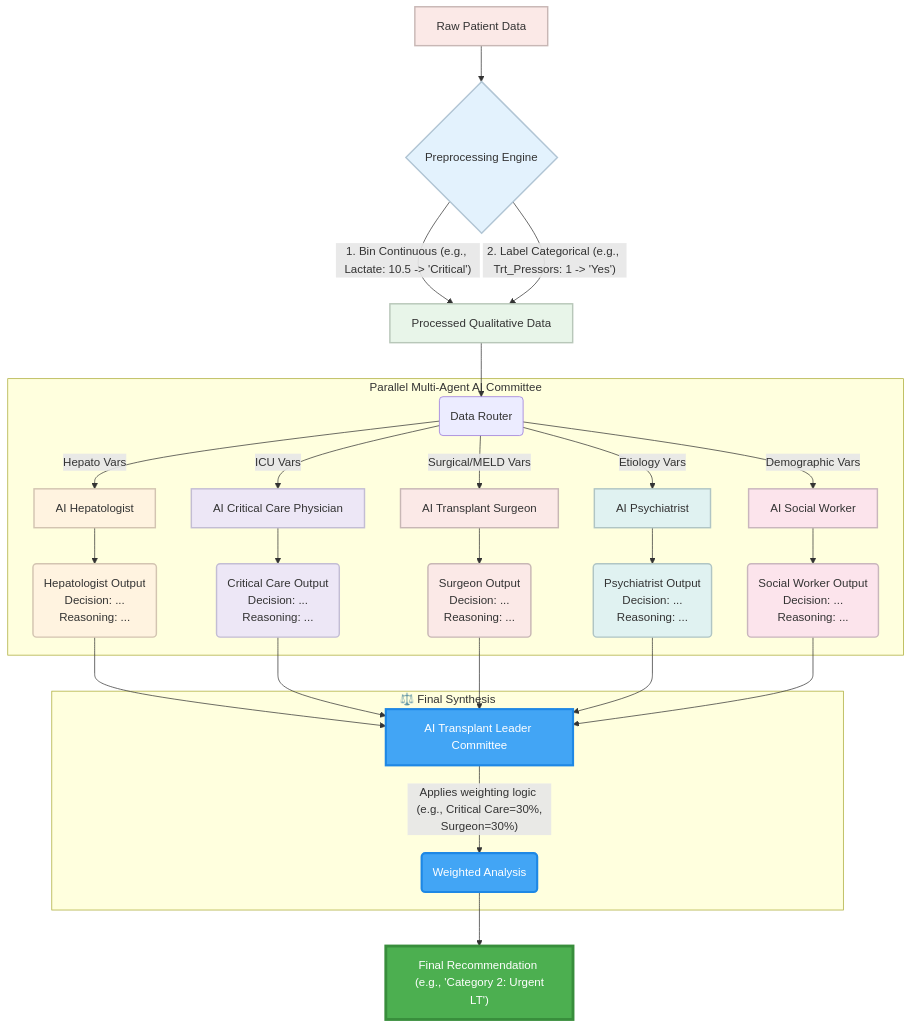
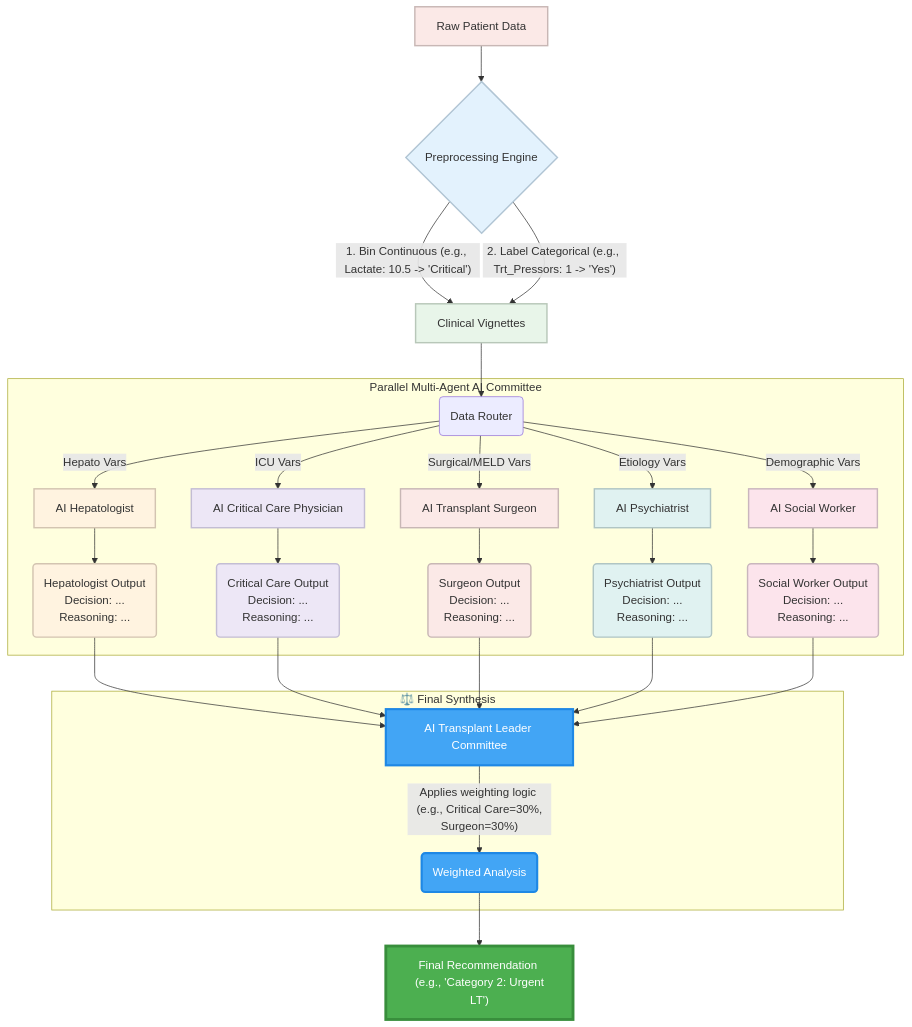
Before and after one commit to billy-enrizky/multi-agent-alfsg: the diagram in README.md, drawn with Mermaid.

Commit message:
Update diagram to reflect Clinical Vignettes

````diff
--- a/README.md
+++ b/README.md
@@ -6,52 +6,52 @@
 ```mermaid
 graph TD;
     A[Raw Patient Data] --> B{Preprocessing Engine};
-    B -- "1. Bin Continuous (e.g., Lactate: 10.5 -> 'Critical')" --> C[Processed Qualitative Data];
+    B -- "1. Bin Continuous (e.g., Lactate: 10.5 -> 'Critical')" --> C[Clinical Vignettes];
     B -- "2. Label Categorical (e.g., Trt_Pressors: 1 -> 'Yes')" --> C;
     
     C --> D(Data Router);
 
     subgraph "Parallel Multi-Agent AI Committee"
         D -- "Hepato Vars" --> E[AI Hepatologist];
         D -- "ICU Vars" --> F[AI Critical Care Physician];
         D -- "Surgical/MELD Vars" --> G[AI Transplant Surgeon];
         D -- "Etiology Vars" --> H[AI Psychiatrist];
         D -- "Demographic Vars" --> I[AI Social Worker];
 
         E --> E_out("Hepatologist Output \n Decision: ... \n Reasoning: ...");
         F --> F_out("Critical Care Output \n Decision: ... \n Reasoning: ...");
         G --> G_out("Surgeon Output \n Decision: ... \n Reasoning: ...");
         H --> H_out("Psychiatrist Output \n Decision: ... \n Reasoning: ...");
         I --> I_out("Social Worker Output \n Decision: ... \n Reasoning: ...");
     end
 
     subgraph "⚖️ Final Synthesis"
         E_out --> J[AI Transplant Leader Committee];
         F_out --> J;
         G_out --> J;
         H_out --> J;
         I_out --> J;
         
         J -- "Applies weighting logic \n (e.g., Critical Care=30%, Surgeon=30%)" --> K("Weighted Analysis");
     end
 
     K --> L["Final Recommendation \n (e.g., 'Category 2: Urgent LT')"];
 
     %% Styling
     style A fill:#fbe9e7,stroke:#c8b7b5,stroke-width:2px
     style B fill:#e3f2fd,stroke:#b1c5d4,stroke-width:2px
     style C fill:#e8f5e9,stroke:#b8c7b9,stroke-width:2px
     style E fill:#fff3e0,stroke:#d3c4b1,stroke-width:2px
     style F fill:#ede7f6,stroke:#c3bdd4,stroke-width:2px
     style G fill:#fbe9e7,stroke:#c8b7b5,stroke-width:2px
     style H fill:#e0f2f1,stroke:#b0c5c4,stroke-width:2px
     style I fill:#fce4ec,stroke:#c9b6bd,stroke-width:2px
     style E_out fill:#fff3e0,stroke:#d3c4b1,stroke-width:2px
     style F_out fill:#ede7f6,stroke:#c3bdd4,stroke-width:2px
     style G_out fill:#fbe9e7,stroke:#c8b7b5,stroke-width:2px
     style H_out fill:#e0f2f1,stroke:#b0c5c4,stroke-width:2px
     style I_out fill:#fce4ec,stroke:#c9b6bd,stroke-width:2px
     style J fill:#42a5f5,stroke:#1e88e5,stroke-width:3px,color:#fff
     style K fill:#42a5f5,stroke:#1e88e5,stroke-width:3px,color:#fff
     style L fill:#4caf50,stroke:#388e3c,stroke-width:4px,color:#fff
 ```
````
